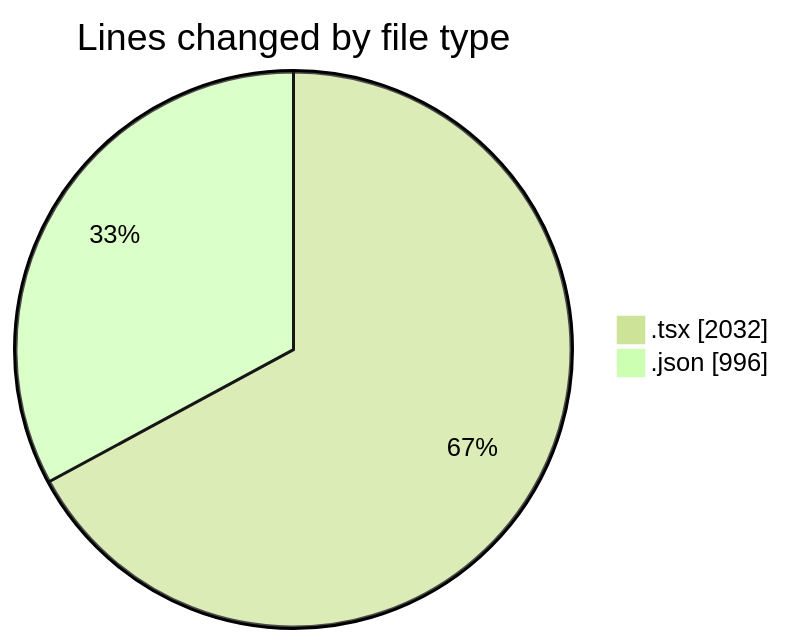
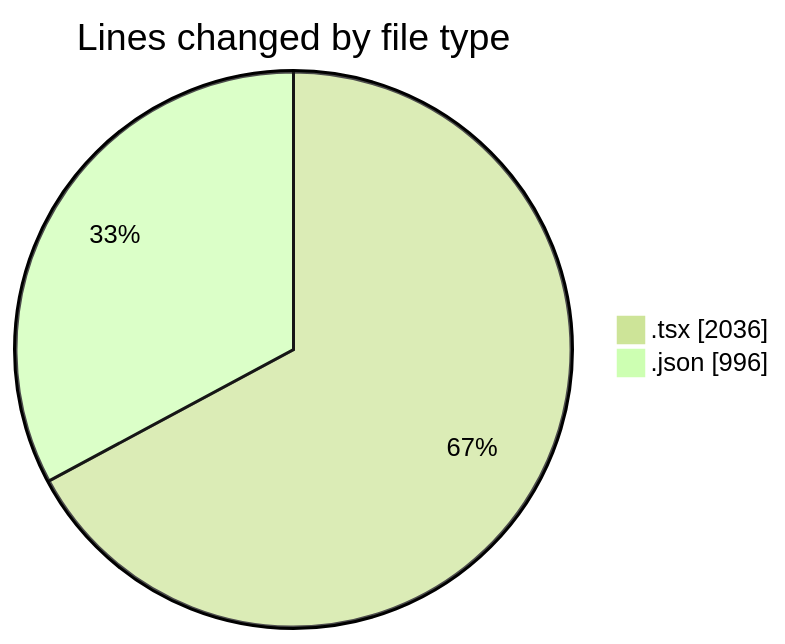
One commit to EIIisD/code-tracking changed the first of 2 diagrams in 2025-08-13/ribbon/README.md. Above: the diagram before and after it, drawn with Mermaid (forest theme). The commit also changed other lines of this file and 1 other file, not shown here.

````diff
--- a/2025-08-13/ribbon/README.md
+++ b/2025-08-13/ribbon/README.md
@@ -31,6 +31,6 @@
 ```mermaid
 pie showData
 title Lines changed by file type
-".tsx" : 2032
+".tsx" : 2036
 ".json" : 996
 ```
````
